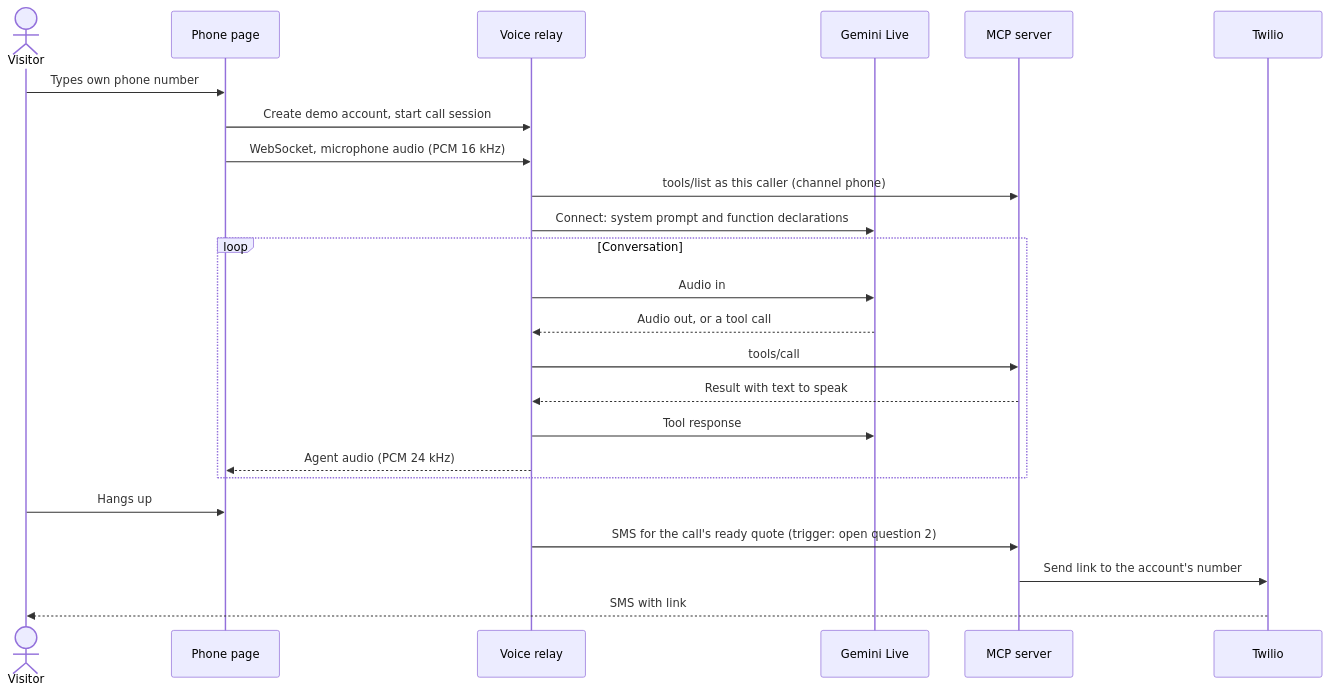
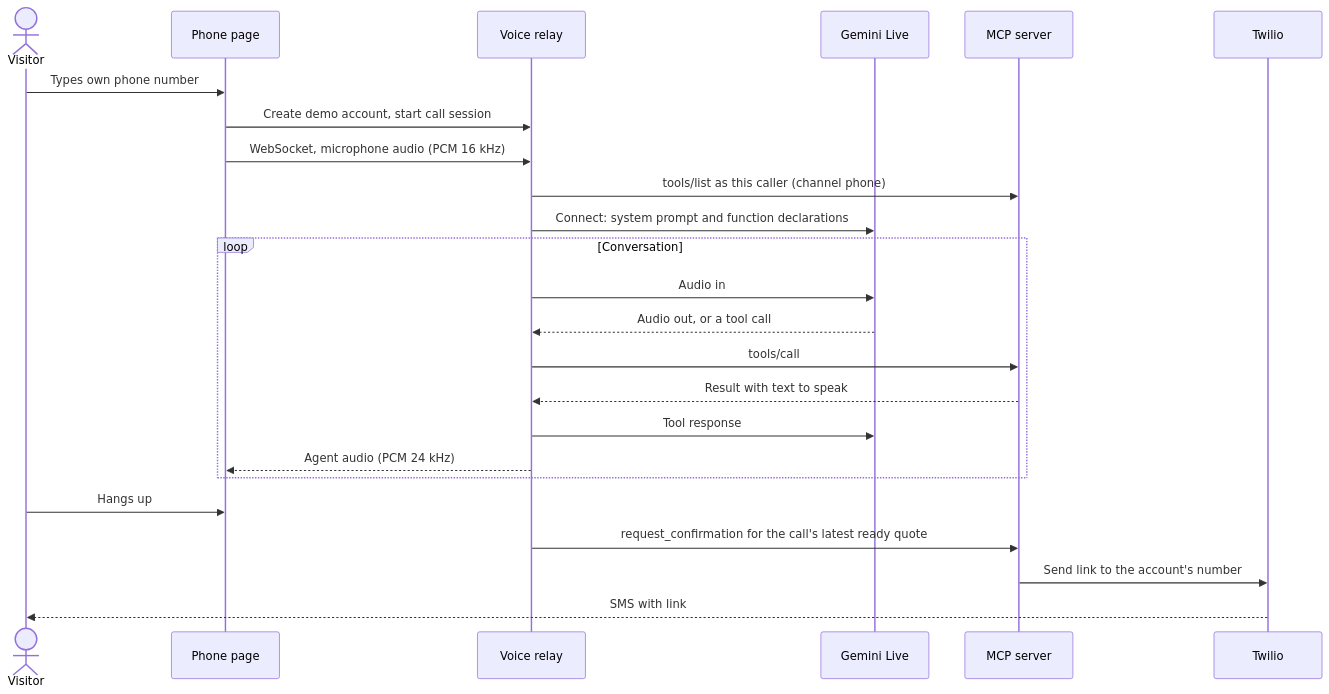
Before and after one commit to Mankeli-Software/junction-2026: the second of 2 diagrams in technical-plan.md, drawn with Mermaid. The commit also changed other lines of this file, not shown here.

First line of the commit message:
Apply first review to technical-plan.md: managed Postgres, clock, SMS trigger

````diff
--- a/technical-plan.md
+++ b/technical-plan.md
@@ -225,26 +231,26 @@
 ```mermaid
 sequenceDiagram
     actor V as Visitor
     participant P as Phone page
     participant R as Voice relay
     participant G as Gemini Live
     participant M as MCP server
     participant T as Twilio
     V->>P: Types own phone number
     P->>R: Create demo account, start call session
     P->>R: WebSocket, microphone audio (PCM 16 kHz)
     R->>M: tools/list as this caller (channel phone)
     R->>G: Connect: system prompt and function declarations
     loop Conversation
         R->>G: Audio in
         G-->>R: Audio out, or a tool call
         R->>M: tools/call
         M-->>R: Result with text to speak
         R->>G: Tool response
         R-->>P: Agent audio (PCM 24 kHz)
     end
     V->>P: Hangs up
-    R->>M: SMS for the call's ready quote (trigger: open question 2)
+    R->>M: request_confirmation for the call's latest ready quote
     M->>T: Send link to the account's number
     T-->>V: SMS with link
 ```
````
